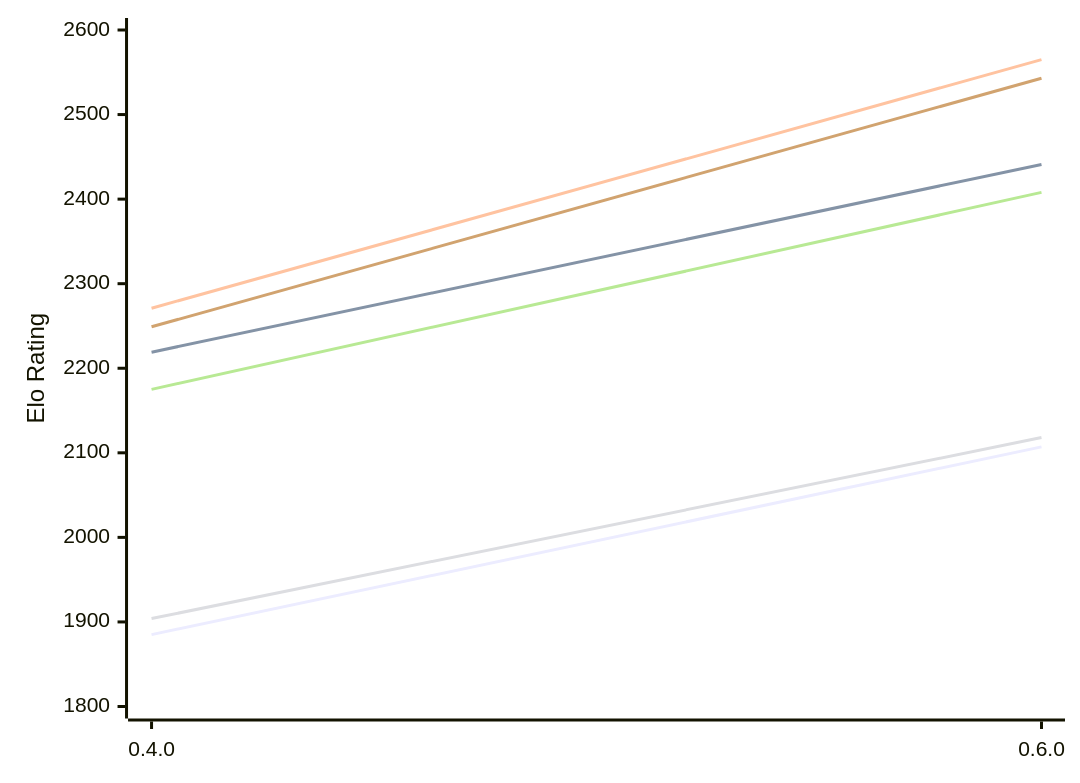
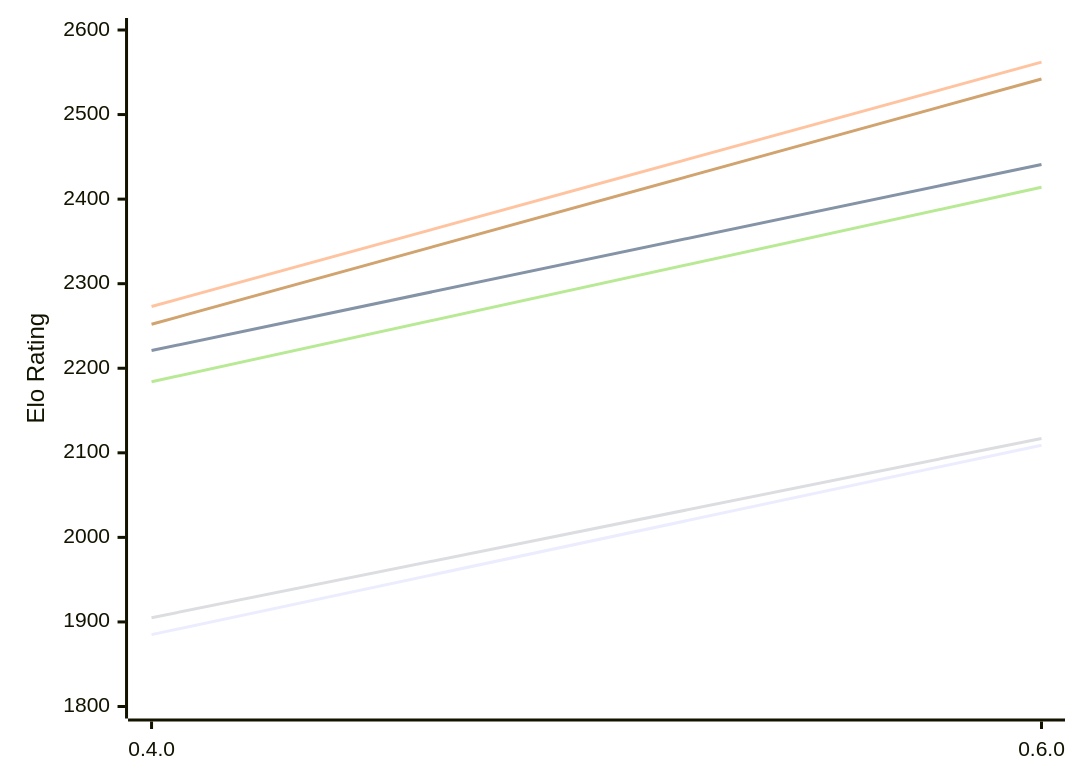
One commit to computer-chess-index/cci changed the first of 2 diagrams in engines/Ariadne.md. Above: the diagram before and after it, drawn with Mermaid. The commit also changed other lines of this file, not shown here.

Commit message:
Update CCI Ratings (ELO VLTC) - 2026-11-26

````diff
--- a/engines/Ariadne.md
+++ b/engines/Ariadne.md
@@ -50,12 +50,12 @@
 ```mermaid
 %%{init: {"theme":"base","themeVariables":{"seriesColors:['#a3a3a3','#222221','#faa371']}}}%%
 xychart-beta
   x-axis ["0.4.0", "0.6.0"]
   y-axis "Elo Rating" 1800 --> 2600
-  line "E1: STC (8.0+0.08s)" [1885, 2107]
-  line "E1: LTC (60.0+0.60s)" [2219, 2441]
-  line "E1: VLTC (2m24s+1.12s)" [2271, 2565]
-  line "P1: STC (8.0+0.08s)" [1904, 2118]
-  line "P1: LTC (60.0+0.60s)" [2175, 2408]
-  line "P1: VLTC (2m24s+1.12s)" [2249, 2543]
+  line "E1: STC (8.0+0.08s)" [1885, 2109]
+  line "E1: LTC (60.0+0.60s)" [2221, 2441]
+  line "E1: VLTC (2m24s+1.12s)" [2273, 2562]
+  line "P1: STC (8.0+0.08s)" [1905, 2117]
+  line "P1: LTC (60.0+0.60s)" [2184, 2414]
+  line "P1: VLTC (2m24s+1.12s)" [2252, 2542]
 ```
````
